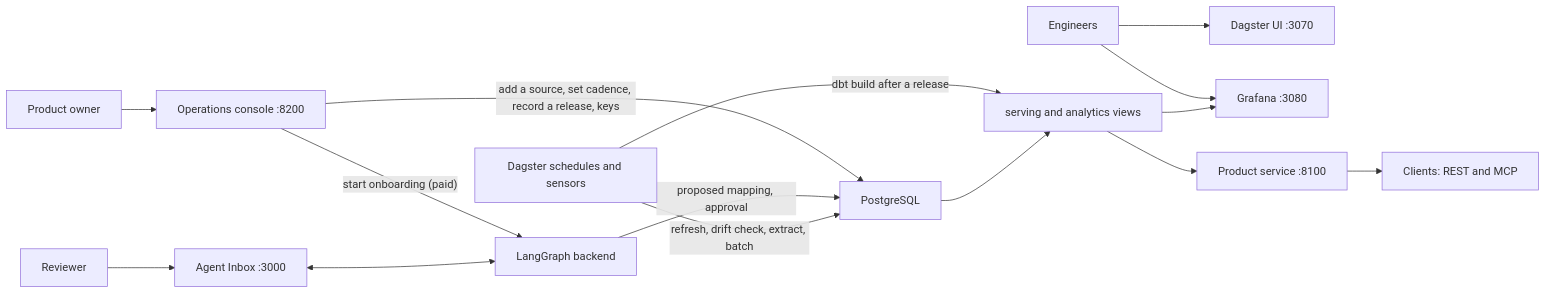
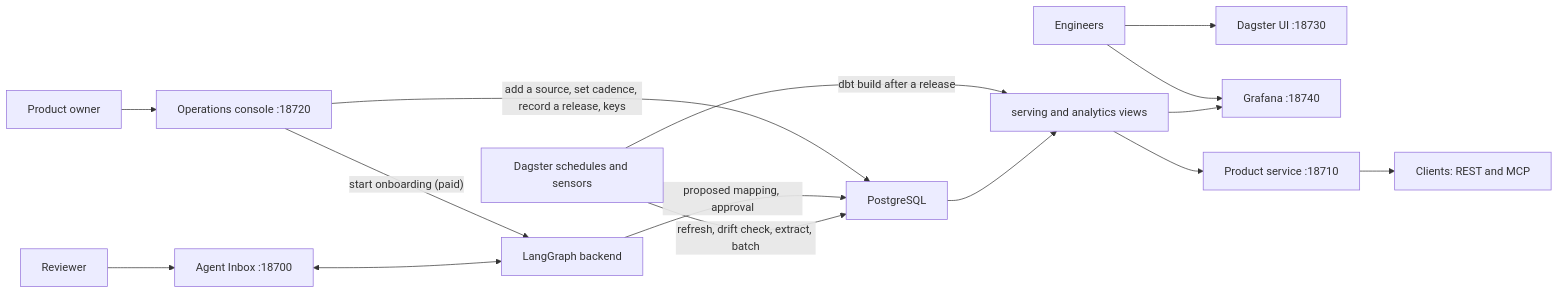
The sixth of 8 diagrams in README.md (tam159/link-lens), drawn with Mermaid before and after one commit. The commit also changed other lines of this file and 21 other files, not shown here.

````diff
--- a/README.md
+++ b/README.md
@@ -336,17 +370,17 @@
 ```mermaid
 flowchart LR
-    Owner["Product owner"] --> Console["Operations console :8200"]
-    Reviewer["Reviewer"] --> Inbox["Agent Inbox :3000"]
-    Team["Engineers"] --> DagsterUI["Dagster UI :3070"]
-    Team --> Grafana["Grafana :3080"]
+    Owner["Product owner"] --> Console["Operations console :18720"]
+    Reviewer["Reviewer"] --> Inbox["Agent Inbox :18700"]
+    Team["Engineers"] --> DagsterUI["Dagster UI :18730"]
+    Team --> Grafana["Grafana :18740"]
     Console -->|"add a source, set cadence, record a release, keys"| PG["PostgreSQL"]
     Console -->|"start onboarding (paid)"| Graph["LangGraph backend"]
     Inbox <--> Graph
     Graph -->|"proposed mapping, approval"| PG
     Daemon["Dagster schedules and sensors"] -->|"refresh, drift check, extract, batch"| PG
     Daemon -->|"dbt build after a release"| Views["serving and analytics views"]
     PG --> Views
-    Views --> Product["Product service :8100"]
+    Views --> Product["Product service :18710"]
     Views --> Grafana
     Product --> Clients["Clients: REST and MCP"]
 ```
````
